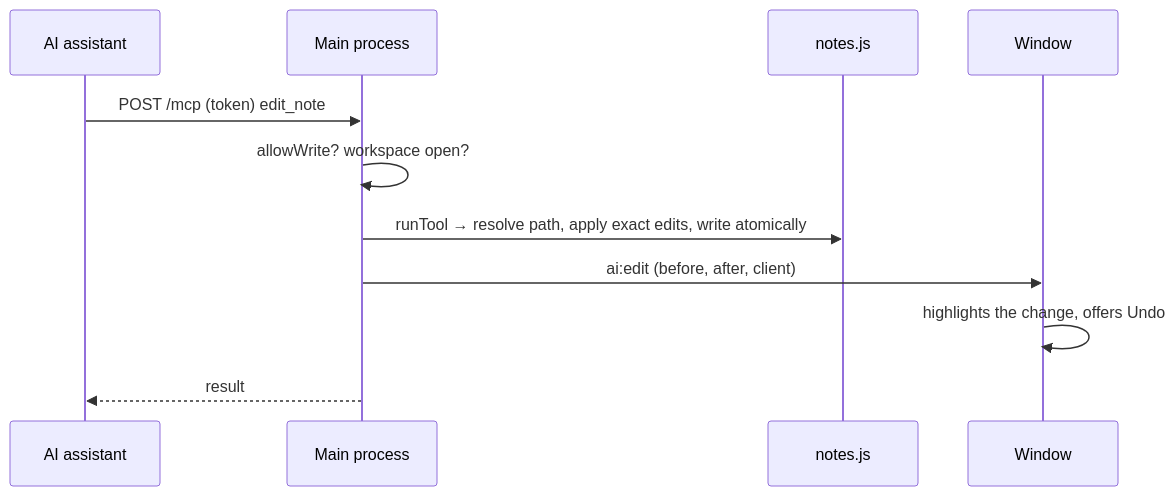
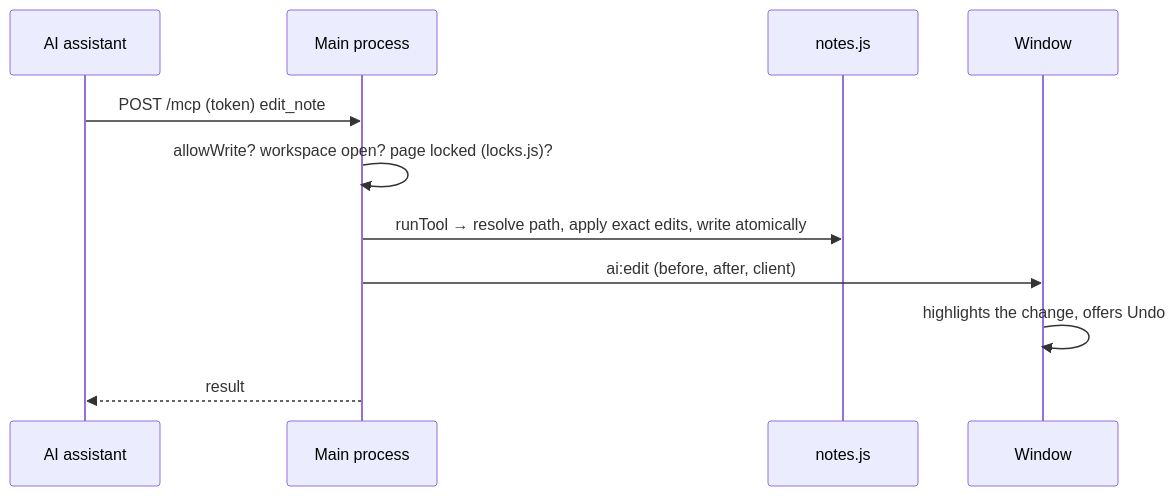
Before and after one commit to gabrielevaudano98/folio: the third of 3 diagrams in docs/architecture/README.md, drawn with Mermaid. The commit also changed 6 other files, not shown here.

````diff
--- a/docs/architecture/README.md
+++ b/docs/architecture/README.md
@@ -126,13 +126,13 @@
 ```mermaid
 sequenceDiagram
   participant AI as AI assistant
   participant M as Main process
   participant N as notes.js
   participant W as Window
   AI->>M: POST /mcp (token) edit_note
-  M->>M: allowWrite? workspace open?
+  M->>M: allowWrite? workspace open? page locked (locks.js)?
   M->>N: runTool → resolve path, apply exact edits, write atomically
   M->>W: ai:edit (before, after, client)
   W->>W: highlights the change, offers Undo
   M-->>AI: result
 ```
````
